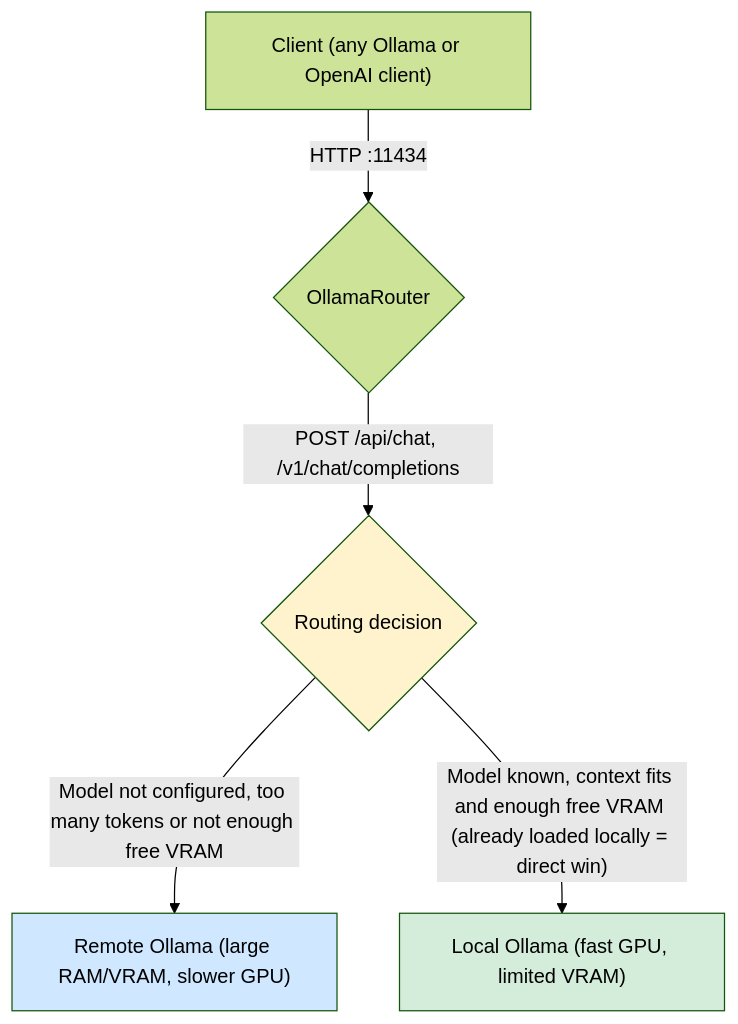
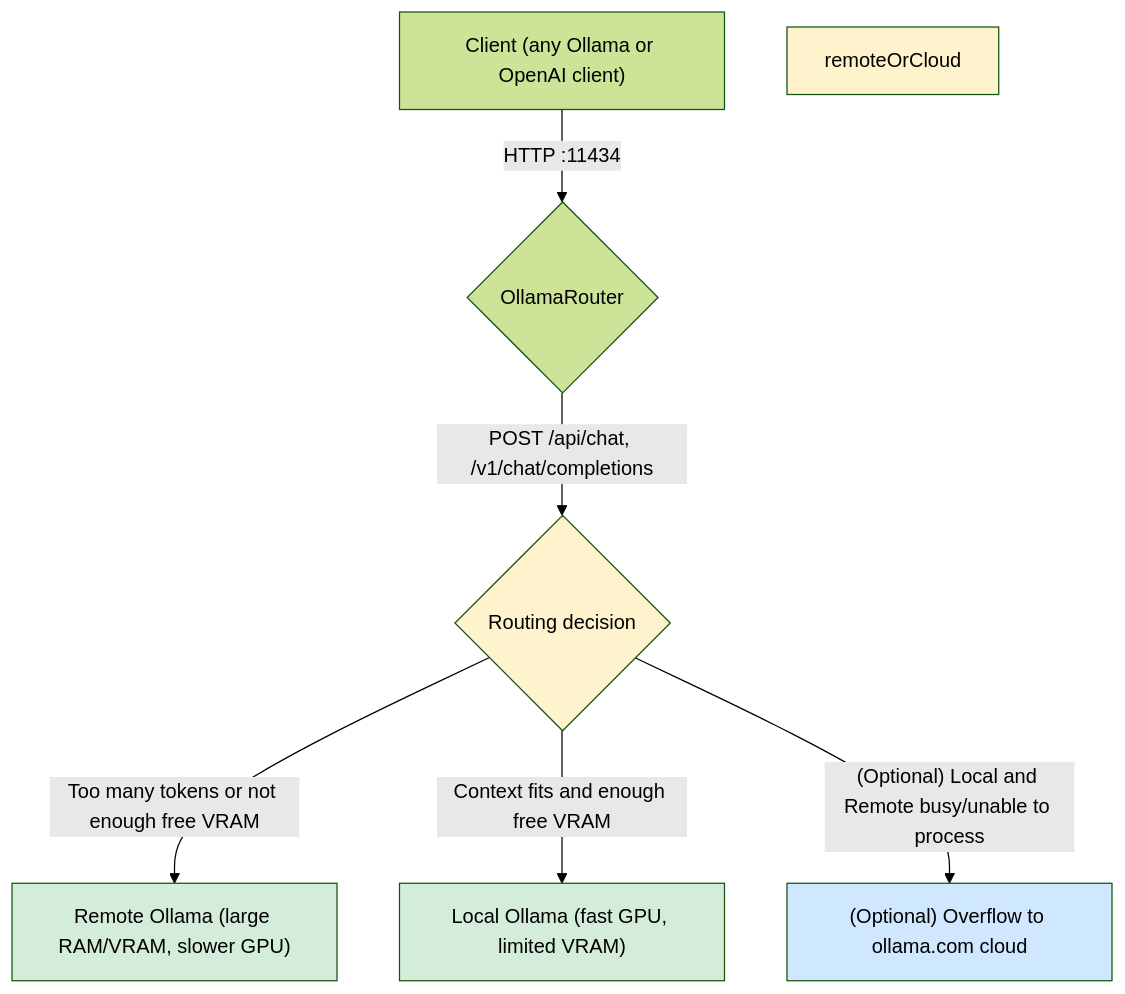
The diagram in README.md (jetelain/OllamaRouter), drawn with Mermaid (forest theme) before and after one commit. The commit also changed other lines of this file and 13 other files, not shown here.

````diff
--- a/README.md
+++ b/README.md
@@ -14,17 +14,21 @@
 ```mermaid
 flowchart TD
     client["Client (any Ollama or OpenAI client)"]
     client -->|HTTP :11434| router{"OllamaRouter"}
 
     router -->|"POST /api/chat, /v1/chat/completions"| decision{"Routing decision"}
 
-    decision -->|"Model not configured, too many tokens or not enough free VRAM"| remote
-    decision -->|"Model known, context fits and enough free VRAM (already loaded locally = direct win)"| local
+    decision -->|"Too many tokens or not enough free VRAM"| remote
+    decision -->|"Context fits and enough free VRAM"| local
+    decision -->|"(Optional) Local and Remote busy/unable to process"| cloud
 
     local["Local Ollama (fast GPU, limited VRAM)"]
     remote["Remote Ollama (large RAM/VRAM, slower GPU)"]
+    cloud["(Optional) Overflow to ollama.com cloud"]
 
     style decision fill:#fff3cd
+    style remoteOrCloud fill:#fff3cd
     style local fill:#d4edda
-    style remote fill:#cfe8ff
+    style remote fill:#d4edda
+    style cloud fill:#cfe8ff
 ```
````
